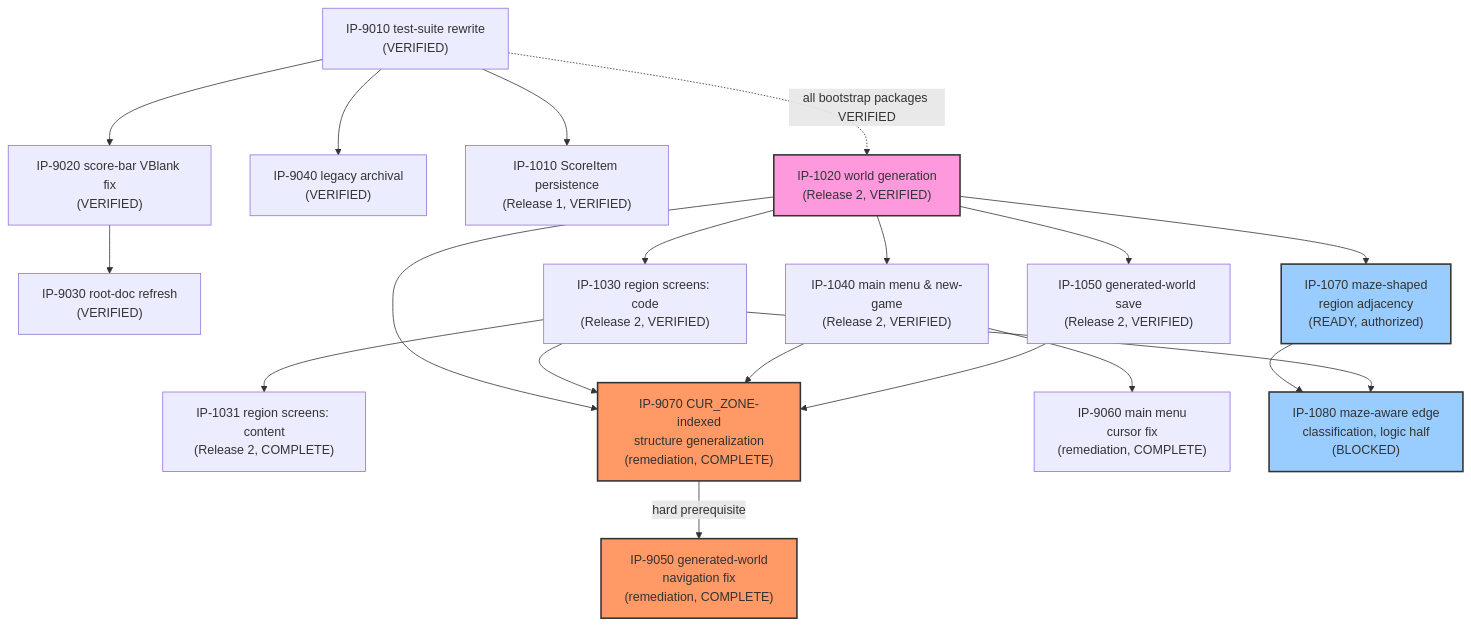
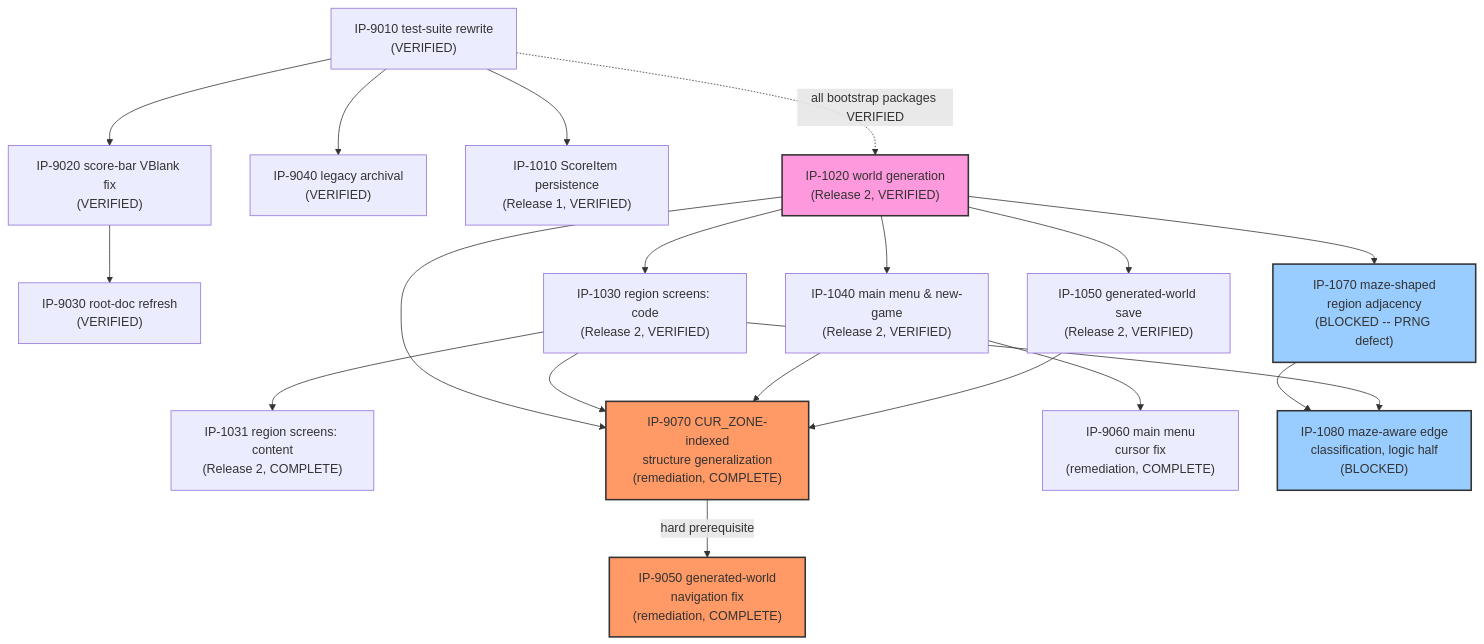
One commit to Zabin/RsGame changed the diagram in docs/implementation/00-master-build-plan.md. Above: the diagram before and after it, drawn with Mermaid. The commit also changed other lines of this file and 2 other files, not shown here.

````diff
--- a/docs/implementation/00-master-build-plan.md
+++ b/docs/implementation/00-master-build-plan.md
@@ -91,47 +96,47 @@
 ```mermaid
 graph TD
     IP9010["IP-9010 test-suite rewrite<br/>(VERIFIED)"]
     IP9020["IP-9020 score-bar VBlank fix<br/>(VERIFIED)"]
     IP9030["IP-9030 root-doc refresh<br/>(VERIFIED)"]
     IP9040["IP-9040 legacy archival<br/>(VERIFIED)"]
     IP1010["IP-1010 ScoreItem persistence<br/>(Release 1, VERIFIED)"]
     IP9010 --> IP9020
     IP9010 --> IP9040
     IP9010 --> IP1010
     IP9020 --> IP9030
 
     IP1020["IP-1020 world generation<br/>(Release 2, VERIFIED)"]
     IP1030["IP-1030 region screens: code<br/>(Release 2, VERIFIED)"]
     IP1031["IP-1031 region screens: content<br/>(Release 2, COMPLETE)"]
     IP1040["IP-1040 main menu & new-game<br/>(Release 2, VERIFIED)"]
     IP1050["IP-1050 generated-world save<br/>(Release 2, VERIFIED)"]
     IP9010 -.all bootstrap packages VERIFIED.-> IP1020
     IP1020 --> IP1030
     IP1030 --> IP1031
     IP1020 --> IP1040
     IP1020 --> IP1050
 
     style IP1020 fill:#f9d,stroke:#333,stroke-width:2px
 
     IP9070["IP-9070 CUR_ZONE-indexed<br/>structure generalization<br/>(remediation, COMPLETE)"]
     IP9050["IP-9050 generated-world<br/>navigation fix<br/>(remediation, COMPLETE)"]
     IP9060["IP-9060 main menu<br/>cursor fix<br/>(remediation, COMPLETE)"]
     IP1020 --> IP9070
     IP1030 --> IP9070
     IP1040 --> IP9070
     IP1050 --> IP9070
     IP9070 -->|hard prerequisite| IP9050
     IP1040 --> IP9060
 
     style IP9070 fill:#f96,stroke:#333,stroke-width:2px
     style IP9050 fill:#f96,stroke:#333,stroke-width:2px
 
-    IP1070["IP-1070 maze-shaped<br/>region adjacency<br/>(READY, authorized)"]
+    IP1070["IP-1070 maze-shaped<br/>region adjacency<br/>(BLOCKED -- PRNG defect)"]
     IP1080["IP-1080 maze-aware edge<br/>classification, logic half<br/>(BLOCKED)"]
     IP1020 --> IP1070
     IP1070 --> IP1080
     IP1030 --> IP1080
 
     style IP1070 fill:#9cf,stroke:#333,stroke-width:2px
     style IP1080 fill:#9cf,stroke:#333,stroke-width:2px
 ```
````
